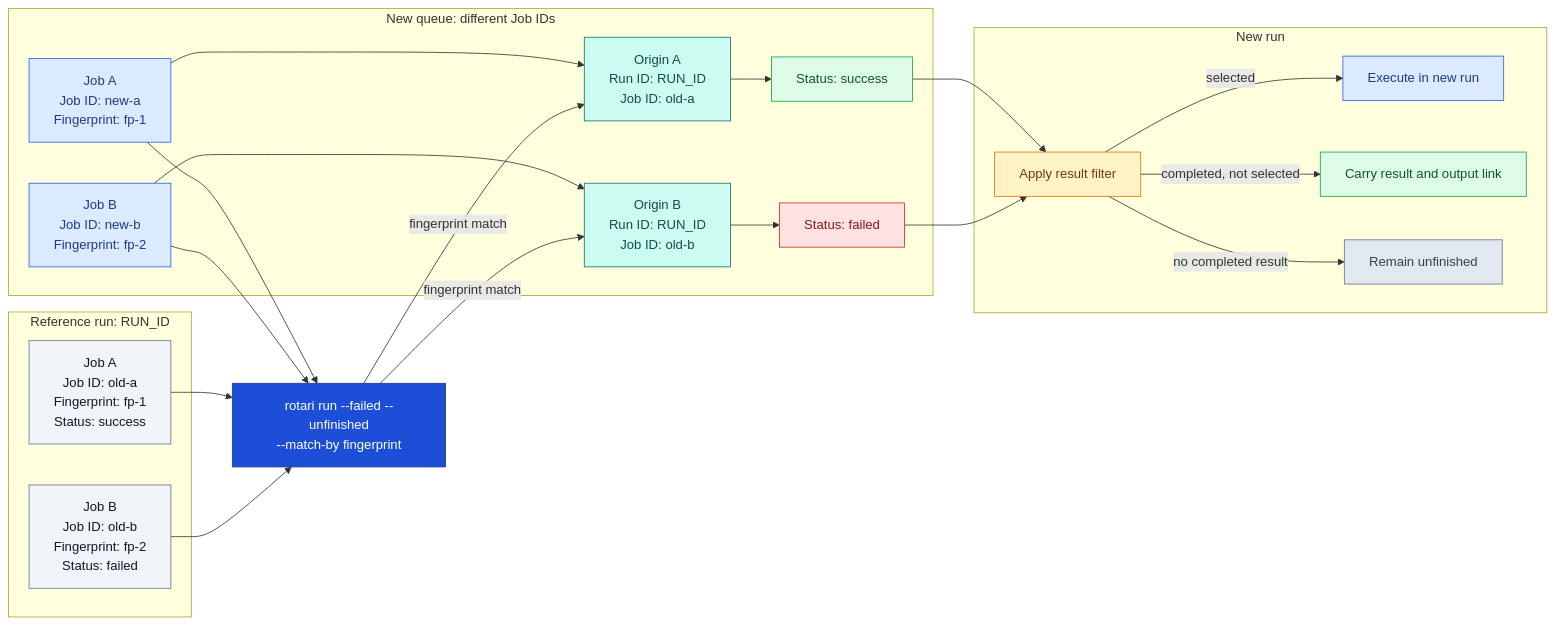
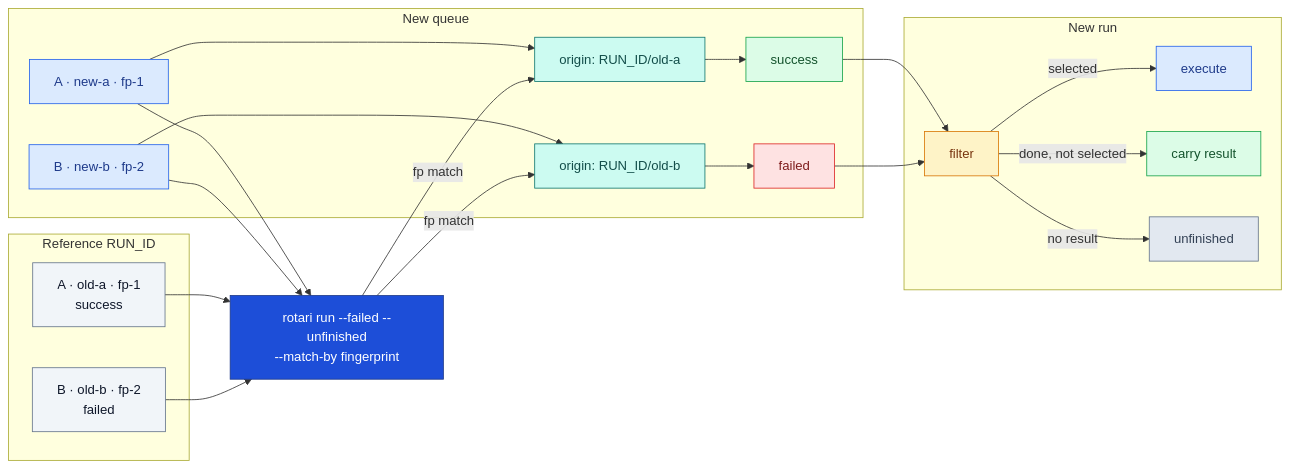
Before and after one commit to kamo-naoyuki/rotari: the second of 3 diagrams in docs/RUNNING.md, drawn with Mermaid. The commit also changed other lines of this file, not shown here.

Commit message:
docs: shorten rerun mermaid labels

````diff
--- a/docs/RUNNING.md
+++ b/docs/RUNNING.md
@@ -263,57 +259,57 @@
 ```mermaid
 flowchart LR
-  subgraph ReferenceRun["Reference run: RUN_ID"]
-    SourceA["Job A<br/>Job ID: old-a<br/>Fingerprint: fp-1<br/>Status: success"]
-    SourceB["Job B<br/>Job ID: old-b<br/>Fingerprint: fp-2<br/>Status: failed"]
+  subgraph ReferenceRun["Reference RUN_ID"]
+    SourceA["A · old-a · fp-1<br/>success"]
+    SourceB["B · old-b · fp-2<br/>failed"]
   end
 
   RunCmd["rotari run --failed --unfinished<br/>--match-by fingerprint"]
 
-  subgraph NewQueue["New queue: different Job IDs"]
-    NewA["Job A<br/>Job ID: new-a<br/>Fingerprint: fp-1"]
-    NewB["Job B<br/>Job ID: new-b<br/>Fingerprint: fp-2"]
-    OriginA["Origin A<br/>Run ID: RUN_ID<br/>Job ID: old-a"]
-    OriginB["Origin B<br/>Run ID: RUN_ID<br/>Job ID: old-b"]
-    StatusA["Status: success"]
-    StatusB["Status: failed"]
+  subgraph NewQueue["New queue"]
+    NewA["A · new-a · fp-1"]
+    NewB["B · new-b · fp-2"]
+    OriginA["origin: RUN_ID/old-a"]
+    OriginB["origin: RUN_ID/old-b"]
+    StatusA["success"]
+    StatusB["failed"]
     NewA --> OriginA --> StatusA
     NewB --> OriginB --> StatusB
   end
 
   SourceA --> RunCmd
   SourceB --> RunCmd
   NewA --> RunCmd
   NewB --> RunCmd
-  RunCmd -->|"fingerprint match"| OriginA
-  RunCmd -->|"fingerprint match"| OriginB
+  RunCmd -->|"fp match"| OriginA
+  RunCmd -->|"fp match"| OriginB
   StatusA --> Filter
   StatusB --> Filter
 
   subgraph NewRun["New run"]
-    Filter["Apply result filter"]
-    Filter -->|"selected"| Execute["Execute in new run"]
-    Filter -->|"completed, not selected"| Carry["Carry result and output link"]
-    Filter -->|"no completed result"| Unfinished["Remain unfinished"]
+    Filter["filter"]
+    Filter -->|"selected"| Execute["execute"]
+    Filter -->|"done, not selected"| Carry["carry result"]
+    Filter -->|"no result"| Unfinished["unfinished"]
   end
 
   classDef source fill:#f1f5f9,stroke:#64748b,color:#0f172a
   classDef queue fill:#dbeafe,stroke:#2563eb,color:#1e3a8a
   classDef origin fill:#ccfbf1,stroke:#0f766e,color:#134e4a
   classDef filter fill:#fef3c7,stroke:#d97706,color:#78350f
   classDef execute fill:#dbeafe,stroke:#2563eb,color:#1e3a8a
   classDef carried fill:#dcfce7,stroke:#16a34a,color:#14532d
   classDef unfinished fill:#e2e8f0,stroke:#64748b,color:#334155
   classDef command fill:#1d4ed8,stroke:#1e3a8a,color:#ffffff
   classDef success fill:#dcfce7,stroke:#16a34a,color:#14532d
   classDef failed fill:#fee2e2,stroke:#dc2626,color:#7f1d1d
   class SourceA,SourceB source
   class NewA,NewB queue
   class OriginA,OriginB origin
   class StatusA success
   class StatusB failed
   class RunCmd command
   class Filter filter
   class Execute execute
   class Carry carried
   class Unfinished unfinished
 ```
````
